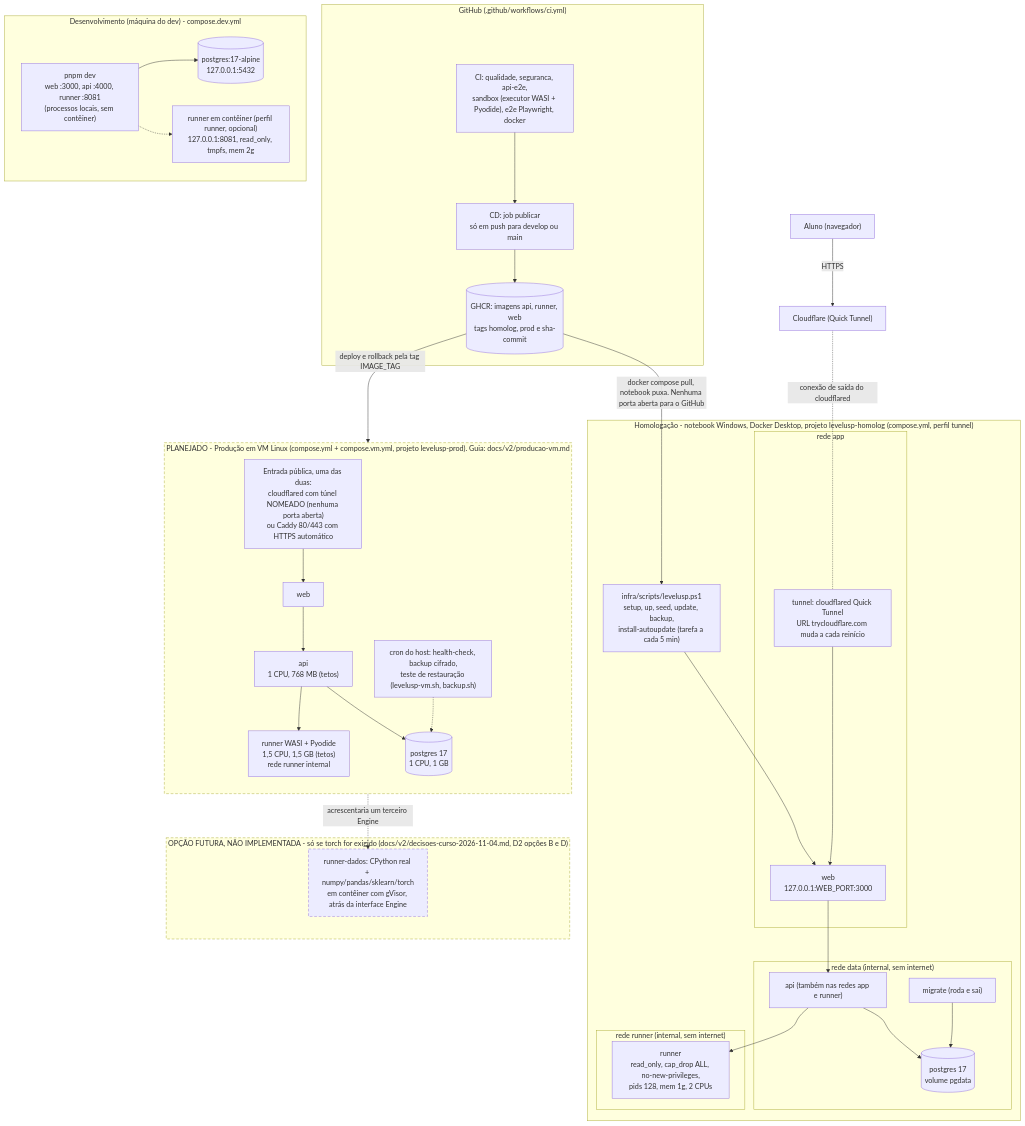
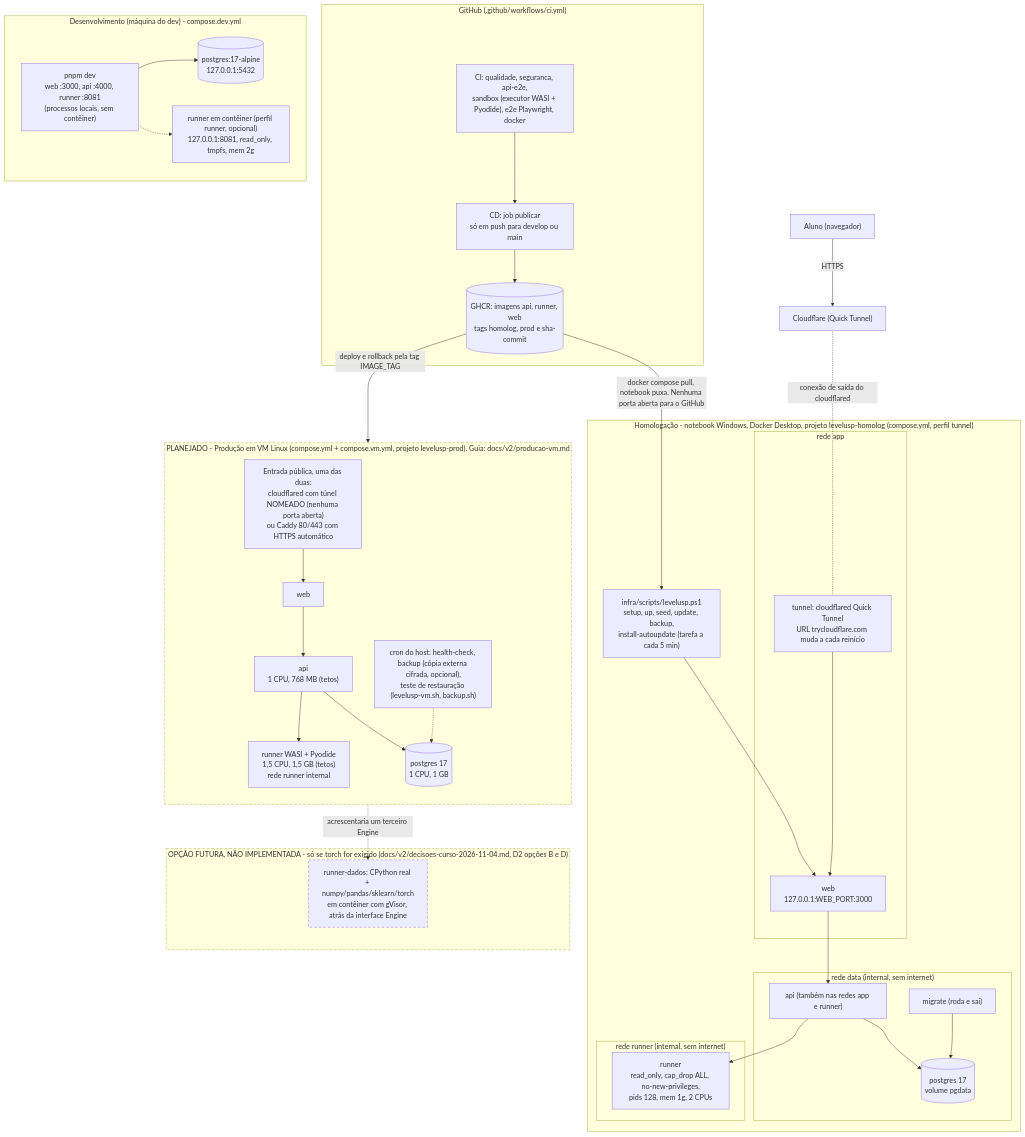
The diagram in docs/tcc/diagramas/06-implantacao.mmd (Lip3Bazinga/v0-level-usp-project), drawn with Mermaid before and after one commit. The commit also changed 1 other file, not shown here.

Commit message:
docs(tcc): ajustes de linha na rastreabilidade e rótulo do backup no diagrama de implantação

```diff
--- a/docs/tcc/diagramas/06-implantacao.mmd
+++ b/docs/tcc/diagramas/06-implantacao.mmd
@@ -1,70 +1,70 @@
 %% Implantação: desenvolvimento, homologação (notebook + Cloudflare Tunnel) e produção na VM.
 %% Rastreabilidade de cada caixa e seta: docs/tcc/diagramas/rastreabilidade.md, seção 06.
 %% Legenda: caixa tracejada = PLANEJADO (ainda não existe em operação) ou OPÇÃO FUTURA (não implementada).
 flowchart TB
   subgraph GH["GitHub (.github/workflows/ci.yml)"]
     CI["CI: qualidade, seguranca, api-e2e,<br/>sandbox (executor WASI + Pyodide), e2e Playwright, docker"]
     CD["CD: job publicar<br/>só em push para develop ou main"]
     GHCR[("GHCR: imagens api, runner, web<br/>tags homolog, prod e sha-commit")]
     CI --> CD --> GHCR
   end
 
   subgraph DEV["Desenvolvimento (máquina do dev) - compose.dev.yml"]
     DEVPG[("postgres:17-alpine<br/>127.0.0.1:5432")]
     DEVAPP["pnpm dev<br/>web :3000, api :4000, runner :8081<br/>(processos locais, sem contêiner)"]
     DEVRUN["runner em contêiner (perfil runner, opcional)<br/>127.0.0.1:8081, read_only, tmpfs, mem 2g"]
     DEVAPP --> DEVPG
     DEVAPP -.-> DEVRUN
   end
 
   subgraph HML["Homologação - notebook Windows, Docker Desktop, projeto levelusp-homolog (compose.yml, perfil tunnel)"]
     PS["infra/scripts/levelusp.ps1<br/>setup, up, seed, update, backup,<br/>install-autoupdate (tarefa a cada 5 min)"]
     subgraph HNETAPP["rede app"]
       HWEB["web<br/>127.0.0.1:WEB_PORT:3000"]
       HTUN["tunnel: cloudflared Quick Tunnel<br/>URL trycloudflare.com muda a cada reinício"]
     end
     subgraph HNETDATA["rede data (internal, sem internet)"]
       HAPI["api (também nas redes app e runner)"]
       HPG[("postgres 17<br/>volume pgdata")]
       HMIG["migrate (roda e sai)"]
     end
     subgraph HNETRUN["rede runner (internal, sem internet)"]
       HRUN["runner<br/>read_only, cap_drop ALL, no-new-privileges,<br/>pids 128, mem 1g, 2 CPUs"]
     end
     PS --> HWEB
     HTUN --> HWEB
     HWEB --> HAPI
     HAPI --> HPG
     HAPI --> HRUN
     HMIG --> HPG
   end
 
   INTERNET["Aluno (navegador)"]
   CFQ["Cloudflare (Quick Tunnel)"]
   INTERNET -- HTTPS --> CFQ
   CFQ -. "conexão de saída do cloudflared" .- HTUN
   GHCR -- "docker compose pull, notebook puxa. Nenhuma porta aberta para o GitHub" --> PS
 
   subgraph VMP["PLANEJADO - Produção em VM Linux (compose.yml + compose.vm.yml, projeto levelusp-prod). Guia: docs/v2/producao-vm.md"]
     direction TB
     VINGRESS["Entrada pública, uma das duas:<br/>cloudflared com túnel NOMEADO (nenhuma porta aberta)<br/>ou Caddy 80/443 com HTTPS automático"]
     VWEB["web"]
     VAPI["api<br/>1 CPU, 768 MB (tetos)"]
     VRUN["runner WASI + Pyodide<br/>1,5 CPU, 1,5 GB (tetos)<br/>rede runner internal"]
     VPG[("postgres 17<br/>1 CPU, 1 GB")]
-    VCRON["cron do host: health-check, backup cifrado,<br/>teste de restauração (levelusp-vm.sh, backup.sh)"]
+    VCRON["cron do host: health-check, backup (cópia externa cifrada, opcional),<br/>teste de restauração (levelusp-vm.sh, backup.sh)"]
     VINGRESS --> VWEB --> VAPI
     VAPI --> VRUN
     VAPI --> VPG
     VCRON -.-> VPG
   end
   GHCR -- "deploy e rollback pela tag IMAGE_TAG" --> VMP
 
   subgraph FUTURO["OPÇÃO FUTURA, NÃO IMPLEMENTADA - só se torch for exigido (docs/v2/decisoes-curso-2026-11-04.md, D2 opções B e D)"]
     VGV["runner-dados: CPython real + numpy/pandas/sklearn/torch<br/>em contêiner com gVisor, atrás da interface Engine"]
   end
   VRUN -. "acrescentaria um terceiro Engine" .-> VGV
 
   style VMP stroke-dasharray: 6 4
   style FUTURO stroke-dasharray: 6 4
   style VGV stroke-dasharray: 6 4
```
